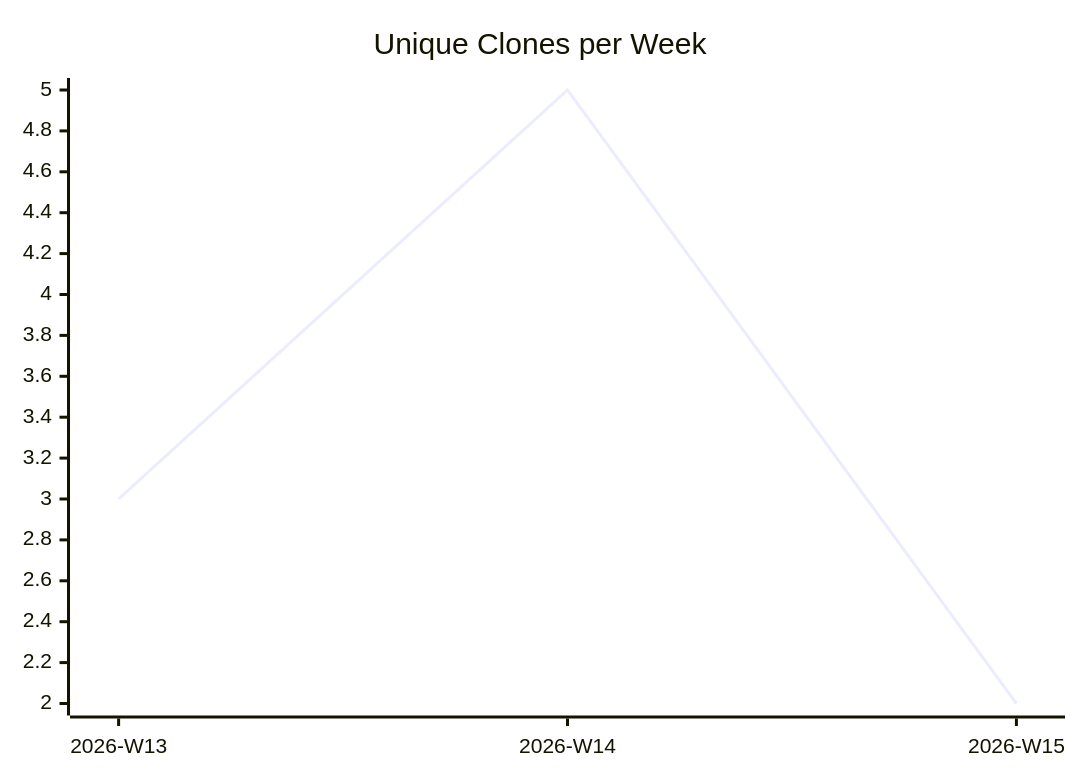
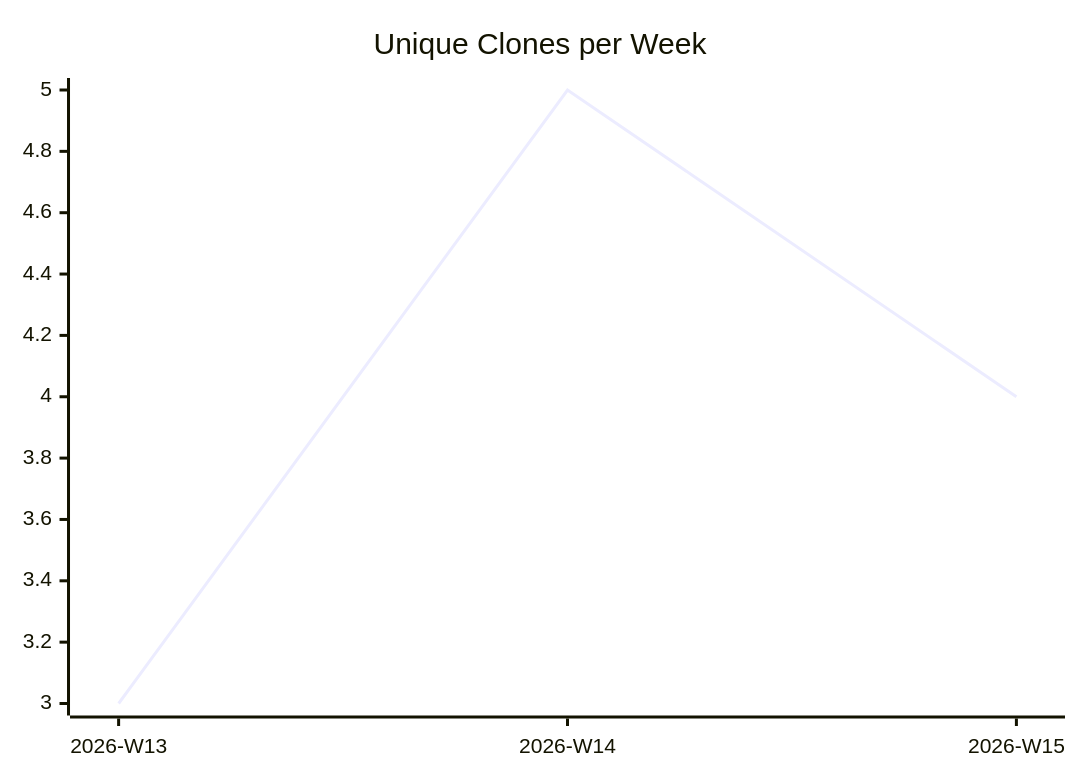
One commit to justdavis-family/github-analytics-data changed the third of 3 diagrams in karlmdavis/dotfiles/README.md. Above: the diagram before and after it, drawn with Mermaid. The commit also changed other lines of this file and 183 other files, not shown here.

````diff
--- a/karlmdavis/dotfiles/README.md
+++ b/karlmdavis/dotfiles/README.md
@@ -19,6 +19,6 @@
 ```mermaid
 xychart-beta
   title "Unique Clones per Week"
   x-axis ["2026-W13", "2026-W14", "2026-W15"]
-  line [3, 5, 2]
+  line [3, 5, 4]
 ```
````
